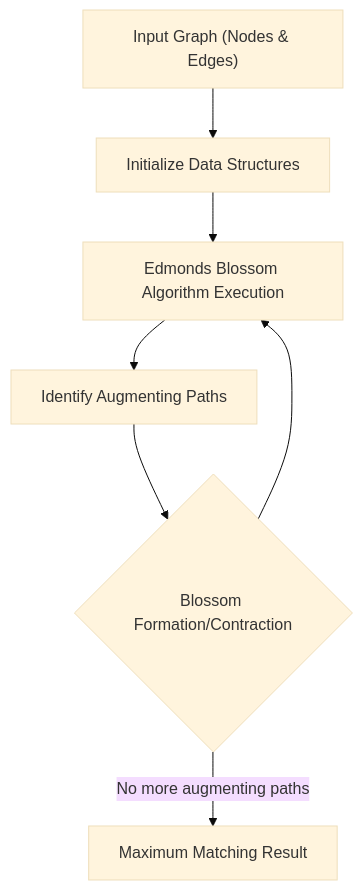
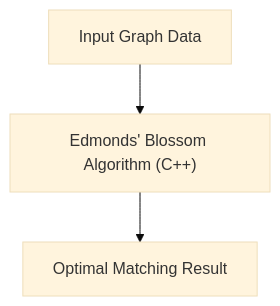
One commit to grewal16/edmonds-blossom-algorithm changed the diagram in README.md. Above: the diagram before and after it, drawn with Mermaid (base theme). The commit also changed other lines of this file, not shown here.

````diff
--- a/README.md
+++ b/README.md
@@ -39,9 +36,5 @@
 ```mermaid
 graph TD
-    A["Input Graph (Nodes & Edges)"] --> B["Initialize Data Structures"];
-    B --> C["Edmonds Blossom Algorithm Execution"];
-    C --> D["Identify Augmenting Paths"];
-    D --> E{"Blossom Formation/Contraction"};
-    E --> C;
-    E -- "No more augmenting paths" --> F["Maximum Matching Result"];
+    A["Input Graph Data"] --> B["Edmonds' Blossom Algorithm (C++)"];
+    B --> C["Optimal Matching Result"];
 ```
````
